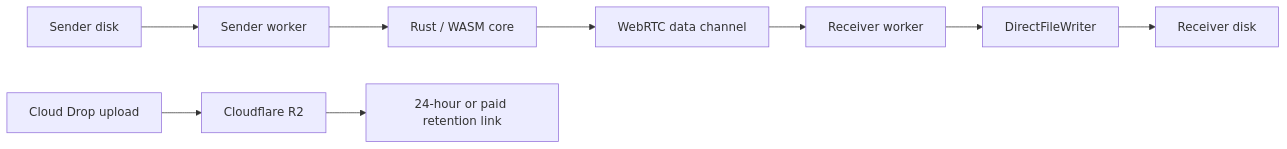
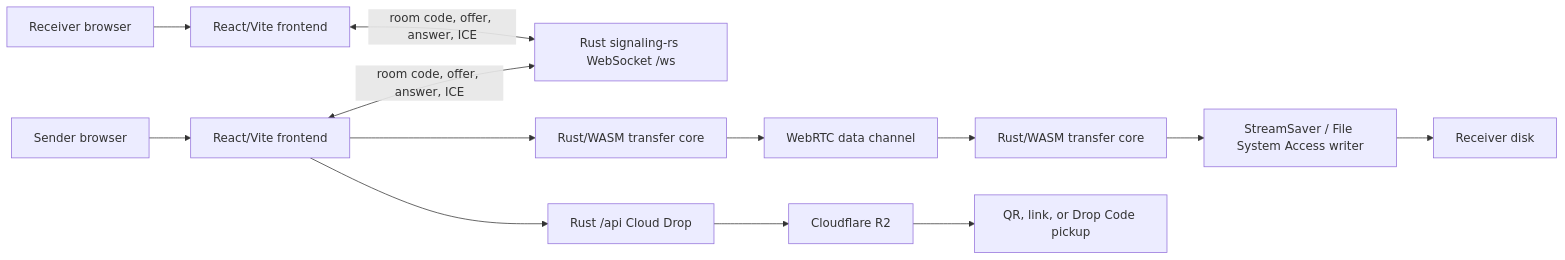
Before and after one commit to DeclanJeon/PonsWarp: the diagram in README.md, drawn with Mermaid. The commit also changed other lines of this file and 39 other files, not shown here.

````diff
--- a/README.md
+++ b/README.md
@@ -62,12 +69,18 @@
 ```mermaid
 flowchart LR
-  senderDisk[Sender disk] --> senderWorker[Sender worker]
-  senderWorker --> wasm[Rust / WASM core]
-  wasm --> dataChannel[WebRTC data channel]
-  dataChannel --> receiverWorker[Receiver worker]
-  receiverWorker --> writer[DirectFileWriter]
+  browserA[Sender browser] --> frontendA[React/Vite frontend]
+  browserB[Receiver browser] --> frontendB[React/Vite frontend]
+
+  frontendA <-->|room code, offer, answer, ICE| signaling[Rust signaling-rs WebSocket /ws]
+  frontendB <-->|room code, offer, answer, ICE| signaling
+
+  frontendA --> wasmA[Rust/WASM transfer core]
+  wasmA --> dataChannel[WebRTC data channel]
+  dataChannel --> wasmB[Rust/WASM transfer core]
+  wasmB --> writer[StreamSaver / File System Access writer]
   writer --> receiverDisk[Receiver disk]
 
-  cloudUpload[Cloud Drop upload] --> r2[Cloudflare R2]
-  r2 --> cloudDownload[24-hour or paid retention link]
+  frontendA --> cloudApi[Rust /api Cloud Drop]
+  cloudApi --> r2[Cloudflare R2]
+  r2 --> cloudPickup[QR, link, or Drop Code pickup]
 ```
````
